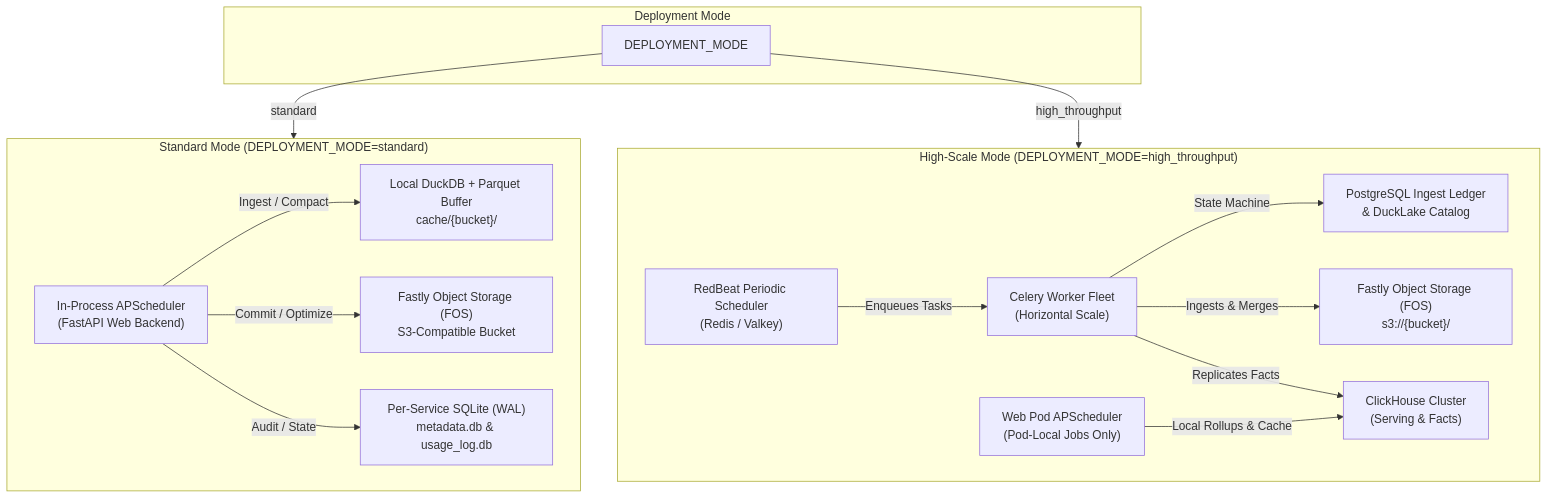
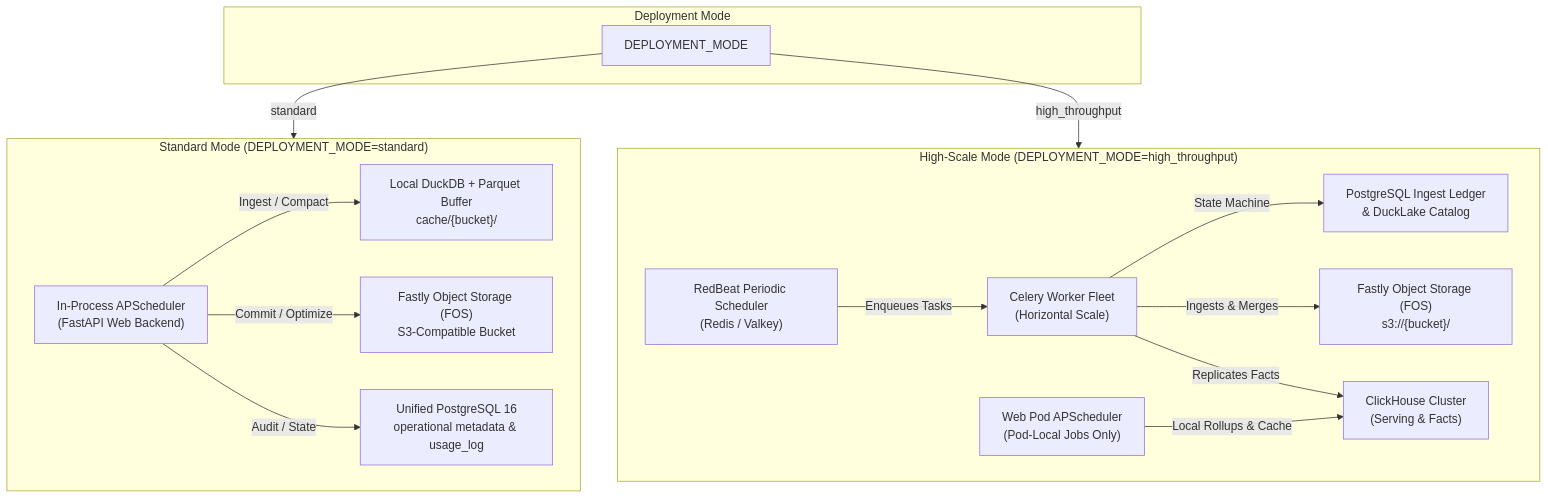
Before and after one commit to fastly/fastly-log-analytics: the diagram in docs/cron/README.md, drawn with Mermaid. The commit also changed other lines of this file and 75 other files, not shown here.

````diff
--- a/docs/cron/README.md
+++ b/docs/cron/README.md
@@ -40,35 +40,35 @@
 ```mermaid
 flowchart TD
     subgraph ModeSelection["Deployment Mode"]
         Mode["DEPLOYMENT_MODE"]
     end
 
     subgraph StandardMode["Standard Mode (DEPLOYMENT_MODE=standard)"]
         APStd["In-Process APScheduler<br/>(FastAPI Web Backend)"]
         DuckDBStd["Local DuckDB + Parquet Buffer<br/>cache/{bucket}/"]
         FOSStd["Fastly Object Storage (FOS)<br/>S3-Compatible Bucket"]
-        SQLiteStd["Per-Service SQLite (WAL)<br/>metadata.db & usage_log.db"]
+        PostgresStd["Unified PostgreSQL 16<br/>operational metadata & usage_log"]
 
         APStd -->|Ingest / Compact| DuckDBStd
         APStd -->|Commit / Optimize| FOSStd
-        APStd -->|Audit / State| SQLiteStd
+        APStd -->|Audit / State| PostgresStd
     end
 
     subgraph HighScaleMode["High-Scale Mode (DEPLOYMENT_MODE=high_throughput)"]
         RedBeat["RedBeat Periodic Scheduler<br/>(Redis / Valkey)"]
         CeleryFleet["Celery Worker Fleet<br/>(Horizontal Scale)"]
         WebAPScheduler["Web Pod APScheduler<br/>(Pod-Local Jobs Only)"]
         PGLedger["PostgreSQL Ingest Ledger<br/>& DuckLake Catalog"]
         CHCluster["ClickHouse Cluster<br/>(Serving & Facts)"]
         FOSCloud["Fastly Object Storage (FOS)<br/>s3://{bucket}/"]
 
         RedBeat -->|Enqueues Tasks| CeleryFleet
         CeleryFleet -->|State Machine| PGLedger
         CeleryFleet -->|Ingests & Merges| FOSCloud
         CeleryFleet -->|Replicates Facts| CHCluster
         WebAPScheduler -->|Local Rollups & Cache| CHCluster
     end
 
     Mode -->|standard| StandardMode
     Mode -->|high_throughput| HighScaleMode
 ```
````
